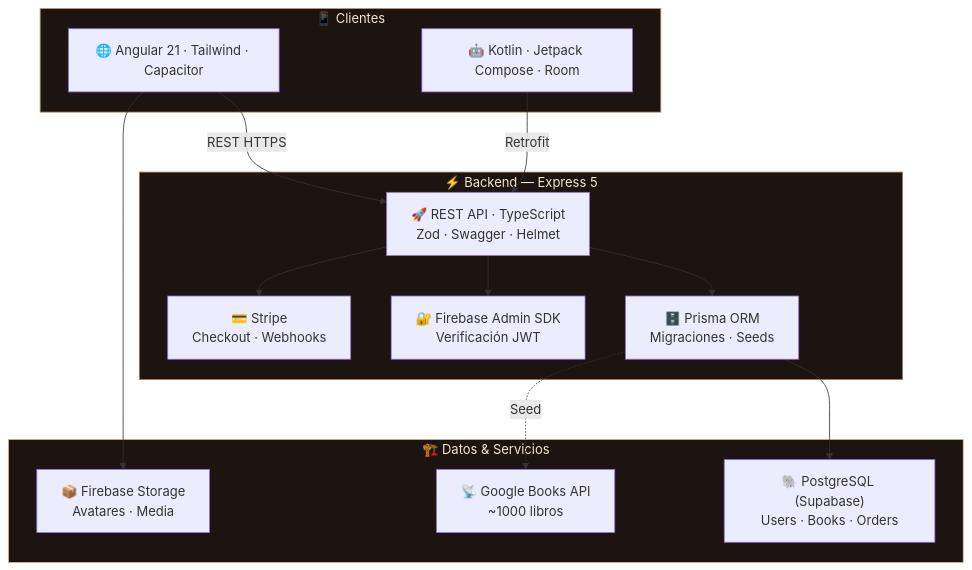
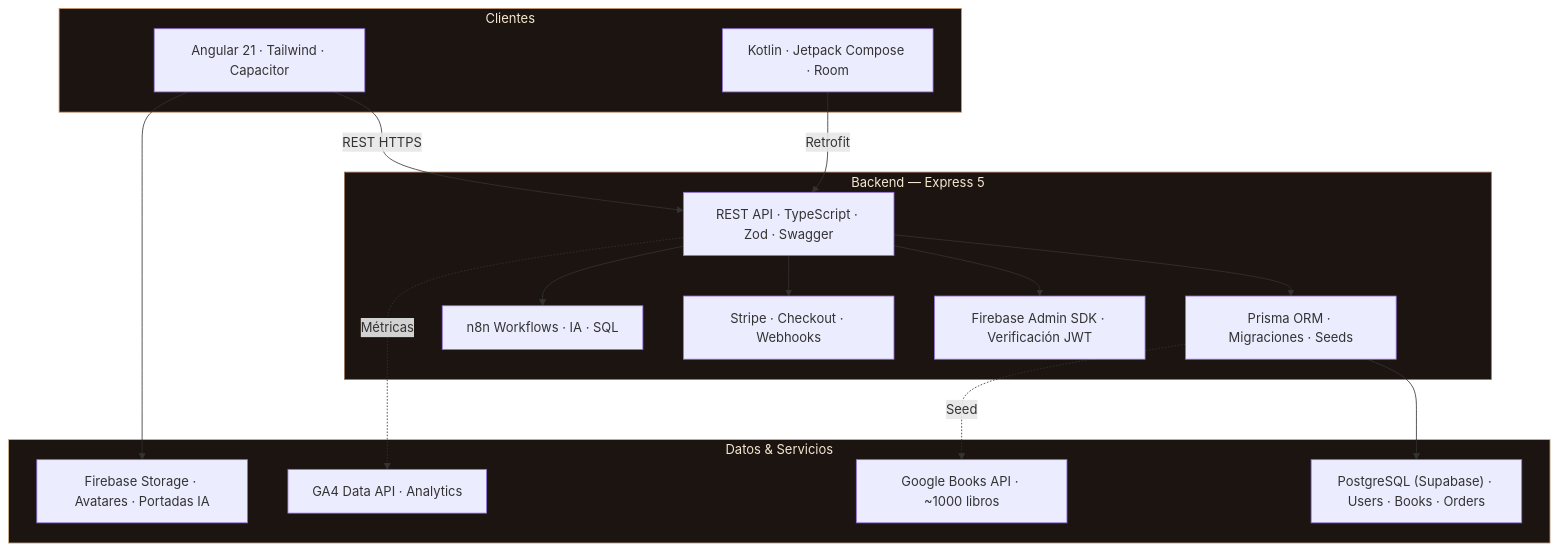
Before and after one commit to Sergiibut05/Bookmatch: the diagram in README.md, drawn with Mermaid. The commit also changed other lines of this file, not shown here.

````diff
--- a/README.md
+++ b/README.md
@@ -174,32 +293,36 @@
 ```mermaid
 graph TD
-  subgraph C["📱 Clientes"]
-    WEB["🌐 Angular 21 · Tailwind · Capacitor"]
-    AND["🤖 Kotlin · Jetpack Compose · Room"]
+  subgraph C["Clientes"]
+    WEB["Angular 21 · Tailwind · Capacitor"]
+    AND["Kotlin · Jetpack Compose · Room"]
   end
 
-  subgraph BE["⚡ Backend — Express 5"]
-    API["🚀 REST API · TypeScript\nZod · Swagger · Helmet"]
-    PRISMA["🗄️ Prisma ORM\nMigraciones · Seeds"]
-    FADMIN["🔐 Firebase Admin SDK\nVerificación JWT"]
-    STRIPE["💳 Stripe\nCheckout · Webhooks"]
+  subgraph BE["Backend — Express 5"]
+    API["REST API · TypeScript · Zod · Swagger"]
+    PRISMA["Prisma ORM · Migraciones · Seeds"]
+    FADMIN["Firebase Admin SDK · Verificación JWT"]
+    STRIPE["Stripe · Checkout · Webhooks"]
+    N8N["n8n Workflows · IA · SQL"]
   end
 
-  subgraph DATA["🏗️ Datos & Servicios"]
-    PG["🐘 PostgreSQL (Supabase)\nUsers · Books · Orders"]
-    FS["📦 Firebase Storage\nAvatares · Media"]
-    GBOOKS["📡 Google Books API\n~1000 libros"]
+  subgraph DATA["Datos & Servicios"]
+    PG["PostgreSQL (Supabase) · Users · Books · Orders"]
+    FS["Firebase Storage · Avatares · Portadas IA"]
+    GBOOKS["Google Books API · ~1000 libros"]
+    GA4["GA4 Data API · Analytics"]
   end
 
   WEB -->|REST HTTPS| API
   AND -->|Retrofit| API
   API --> PRISMA --> PG
   API --> FADMIN
   API --> STRIPE
+  API --> N8N
   WEB --> FS
   PRISMA -.->|Seed| GBOOKS
+  API -.->|Métricas| GA4
 
   style C fill:#1C1410,stroke:#C8956C,color:#F5E6D0
   style BE fill:#1C1410,stroke:#A0785A,color:#F5E6D0
   style DATA fill:#1C1410,stroke:#D4B896,color:#F5E6D0
 ```
````
